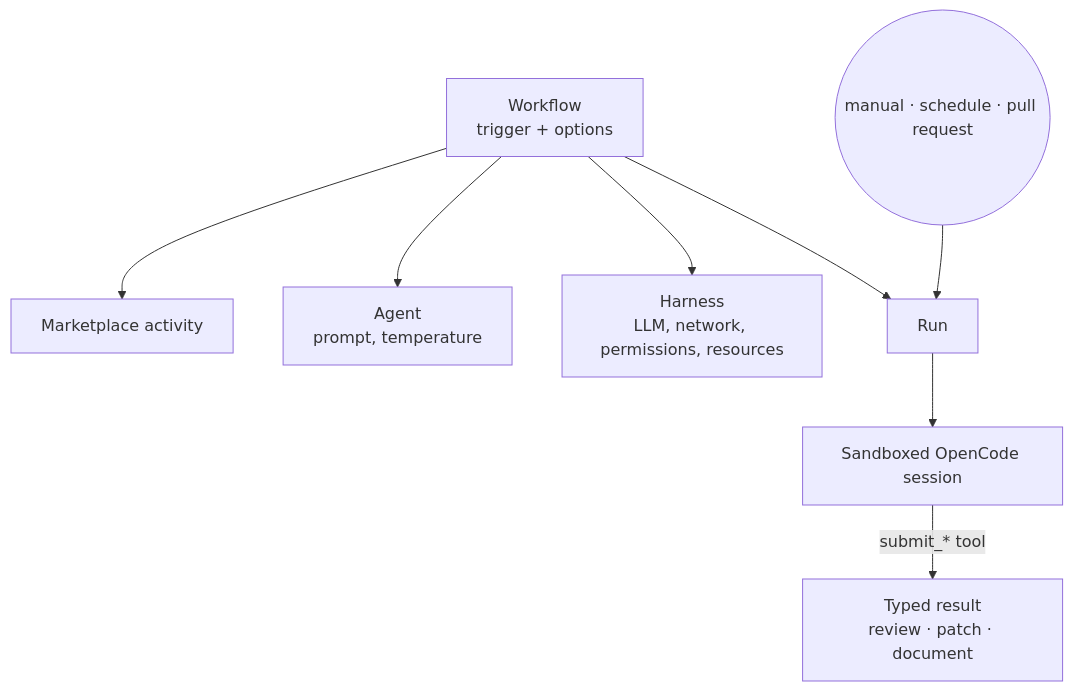
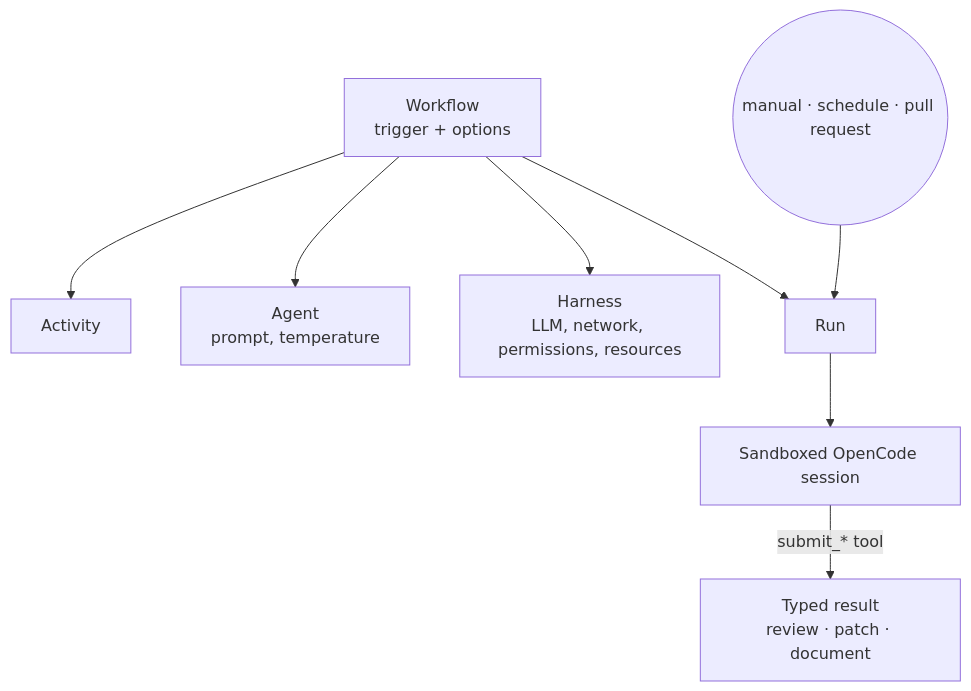
The second of 4 diagrams in README.md (alpha-prosoft/opencode-manager), drawn with Mermaid before and after one commit. The commit also changed other lines of this file and 39 other files, not shown here.

````diff
--- a/README.md
+++ b/README.md
@@ -62,10 +62,10 @@
 ```mermaid
 flowchart TB
-    workflow["Workflow<br/>trigger + options"] --> activity["Marketplace activity"]
+    workflow["Workflow<br/>trigger + options"] --> activity["Activity"]
     workflow --> agent["Agent<br/>prompt, temperature"]
     workflow --> harness["Harness<br/>LLM, network, permissions, resources"]
     trigger(("manual · schedule · pull request")) --> run["Run"]
     workflow --> run
     run --> session["Sandboxed OpenCode session"]
     session -- "submit_* tool" --> result["Typed result<br/>review · patch · document"]
 ```
````
